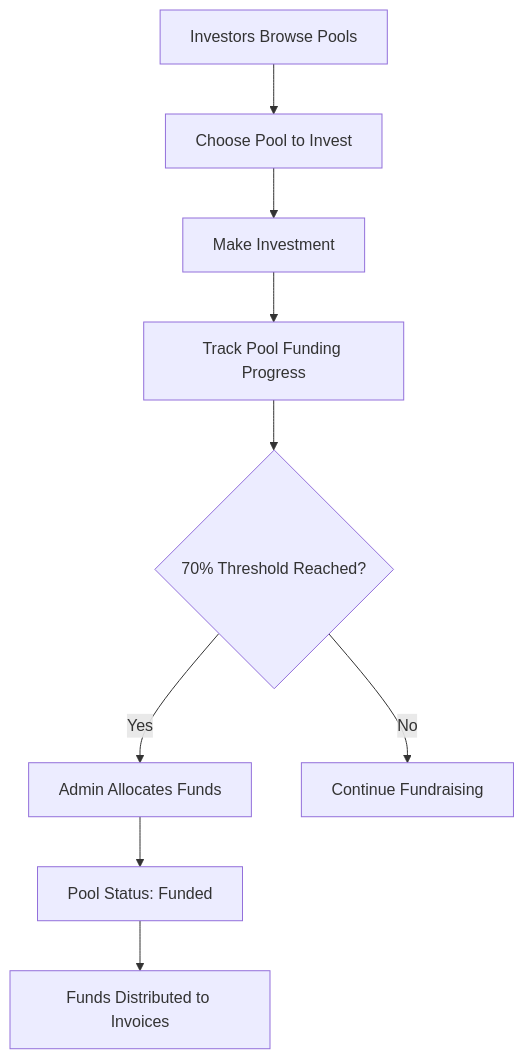
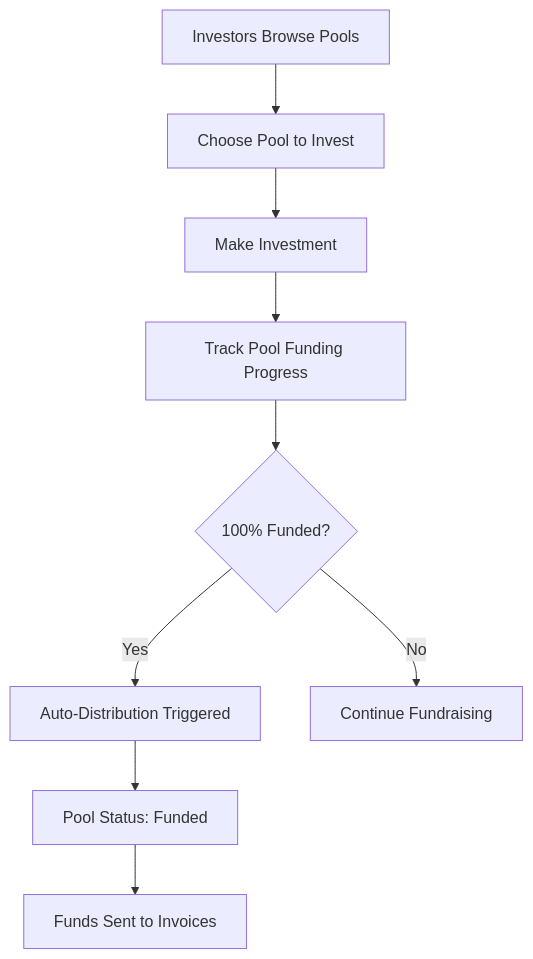
The third of 6 diagrams in .github/business-process-documentation.md (SEATrax/apps), drawn with Mermaid before and after one commit. The commit also changed other lines of this file and 3 other files, not shown here.

Commit message:
feat: migrate to unified SEATrax contract; update documentation and business process flow

````diff
--- a/.github/business-process-documentation.md
+++ b/.github/business-process-documentation.md
@@ -59,11 +57,11 @@
 ```mermaid
 graph TD
     A[Investors Browse Pools] --> B[Choose Pool to Invest]
     B --> C[Make Investment]
     C --> D[Track Pool Funding Progress]
-    D --> E{70% Threshold Reached?}
-    E -->|Yes| F[Admin Allocates Funds]
+    D --> E{100% Funded?}
+    E -->|Yes| F[Auto-Distribution Triggered]
     E -->|No| G[Continue Fundraising]
     F --> H[Pool Status: Funded]
-    H --> I[Funds Distributed to Invoices]
+    H --> I[Funds Sent to Invoices]
 ```
````
